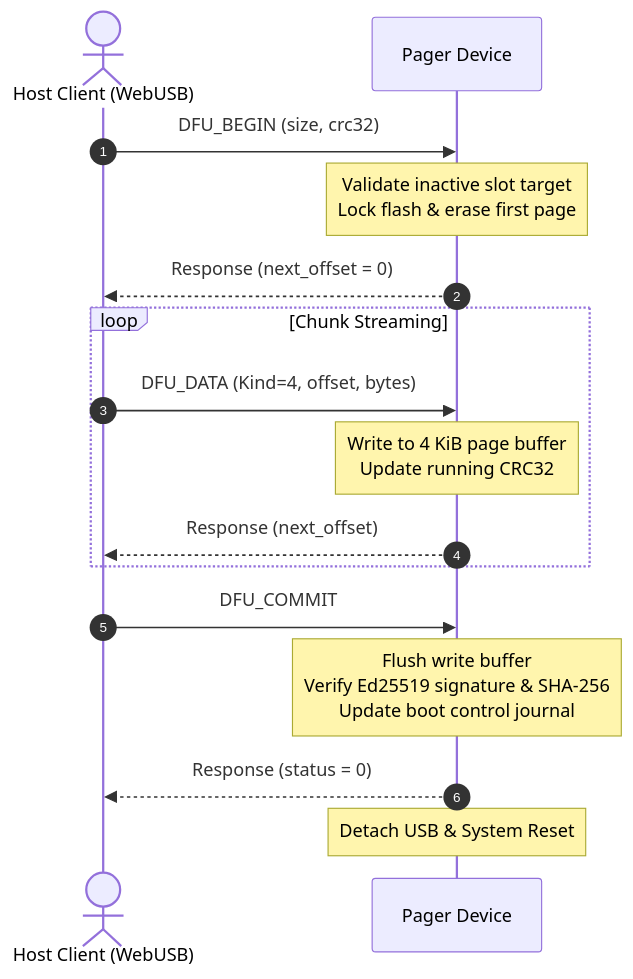
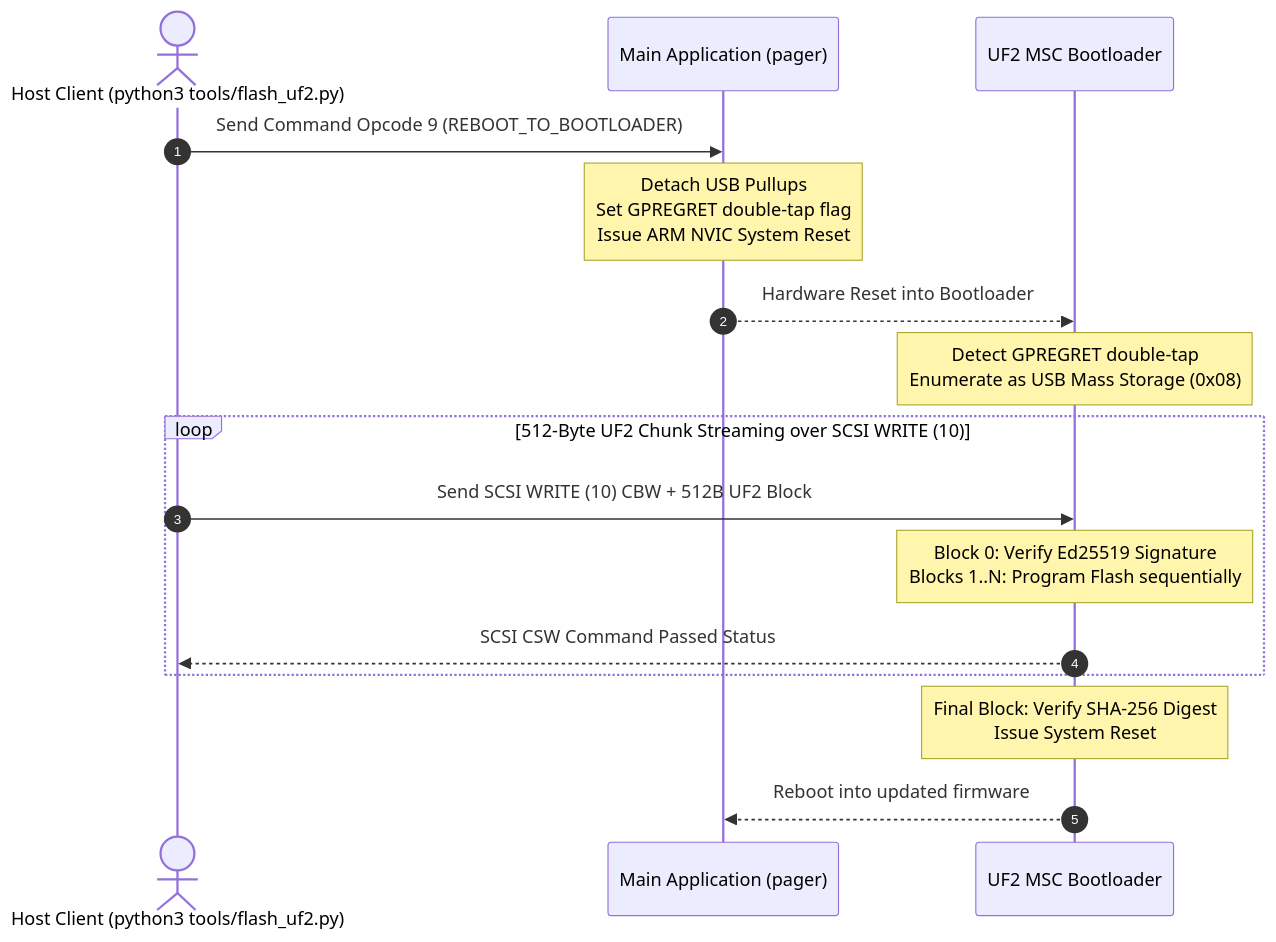
The diagram in docs/usb-protocol.md (Nikachev/pager), drawn with Mermaid before and after one commit. The commit also changed other lines of this file and 62 other files, not shown here.

First line of the commit message:
feat: single-slot DFU architecture, MSC bootloader fixes & developer tooling

````diff
--- a/docs/usb-protocol.md
+++ b/docs/usb-protocol.md
@@ -56,21 +53,21 @@
 ```mermaid
 sequenceDiagram
     autonumber
-    actor Host as Host Client (WebUSB)
-    participant Pager as Pager Device
+    actor Host as Host Client (python3 tools/flash_uf2.py)
+    participant App as Main Application (pager)
+    participant Boot as UF2 MSC Bootloader
 
-    Host->>Pager: DFU_BEGIN (size, crc32)
-    Note over Pager: Validate inactive slot target<br/>Lock flash & erase first page
-    Pager-->>Host: Response (next_offset = 0)
+    Host->>App: Send Command Opcode 9 (REBOOT_TO_BOOTLOADER)
+    Note over App: Detach USB Pullups<br/>Set GPREGRET double-tap flag<br/>Issue ARM NVIC System Reset
+    App-->>Boot: Hardware Reset into Bootloader
+    Note over Boot: Detect GPREGRET double-tap<br/>Enumerate as USB Mass Storage (0x08)
 
-    loop Chunk Streaming
-        Host->>Pager: DFU_DATA (Kind=4, offset, bytes)
-        Note over Pager: Write to 4 KiB page buffer<br/>Update running CRC32
-        Pager-->>Host: Response (next_offset)
+    loop 512-Byte UF2 Chunk Streaming over SCSI WRITE (10)
+        Host->>Boot: Send SCSI WRITE (10) CBW + 512B UF2 Block
+        Note over Boot: Block 0: Verify Ed25519 Signature<br/>Blocks 1..N: Program Flash sequentially
+        Boot-->>Host: SCSI CSW Command Passed Status
     end
 
-    Host->>Pager: DFU_COMMIT
-    Note over Pager: Flush write buffer<br/>Verify Ed25519 signature & SHA-256<br/>Update boot control journal
-    Pager-->>Host: Response (status = 0)
-    Note over Pager: Detach USB & System Reset
+    Note over Boot: Final Block: Verify SHA-256 Digest<br/>Issue System Reset
+    Boot-->>App: Reboot into updated firmware
 ```
````
